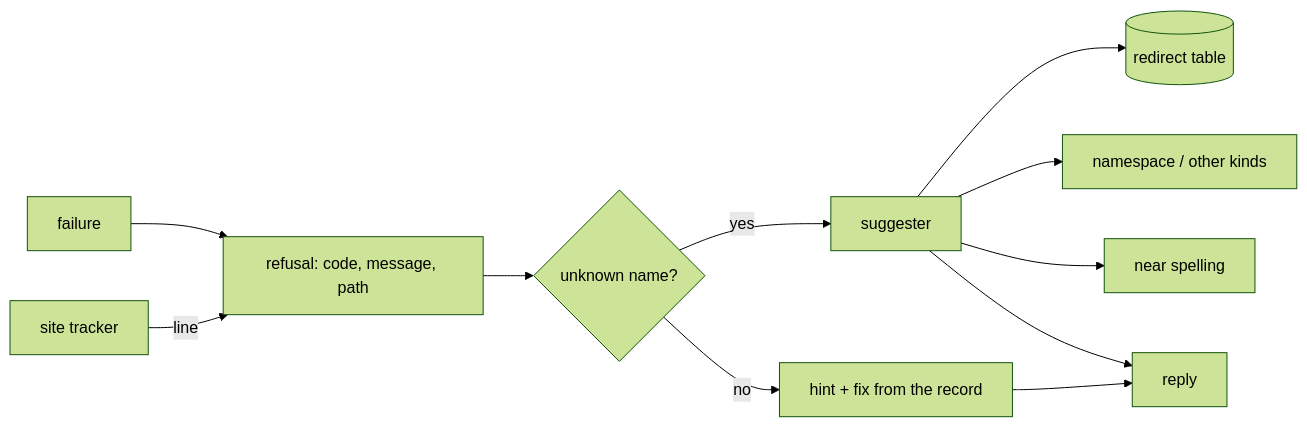
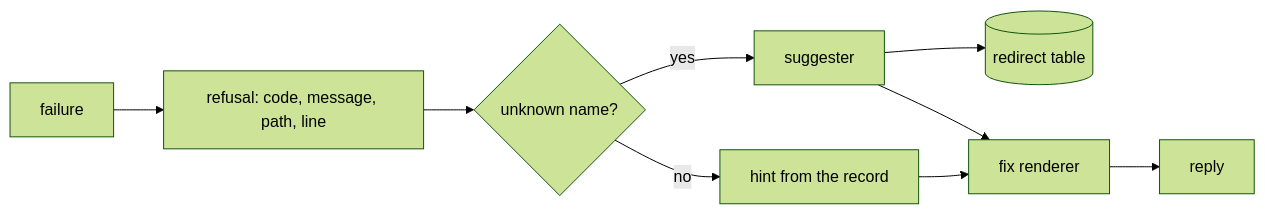
One commit to go-go-golems/go-go-parc changed the diagram in Research/Software Architecture Garden/general/agent-operated-engines/06-repairable-errors.md. Above: the diagram before and after it, drawn with Mermaid (forest theme). The commit also changed other lines of this file and 22 other files, not shown here.

````diff
--- a/Research/Software Architecture Garden/general/agent-operated-engines/06-repairable-errors.md
+++ b/Research/Software Architecture Garden/general/agent-operated-engines/06-repairable-errors.md
@@ -140,13 +145,11 @@
 ```mermaid
 flowchart LR
-  F[failure] --> R[refusal: code, message, path]
-  S[site tracker] -->|line| R
+  F[failure] --> R[refusal: code, message, path, line]
   R --> Q{unknown name?}
   Q -->|yes| SG[suggester]
   SG --> RT[(redirect table)]
-  SG --> NS[namespace / other kinds]
-  SG --> ED[near spelling]
-  Q -->|no| H[hint + fix from the record]
-  SG --> OUT[reply]
-  H --> OUT
+  Q -->|no| H[hint from the record]
+  SG --> FX[fix renderer]
+  H --> FX
+  FX --> OUT[reply]
 ```
````
